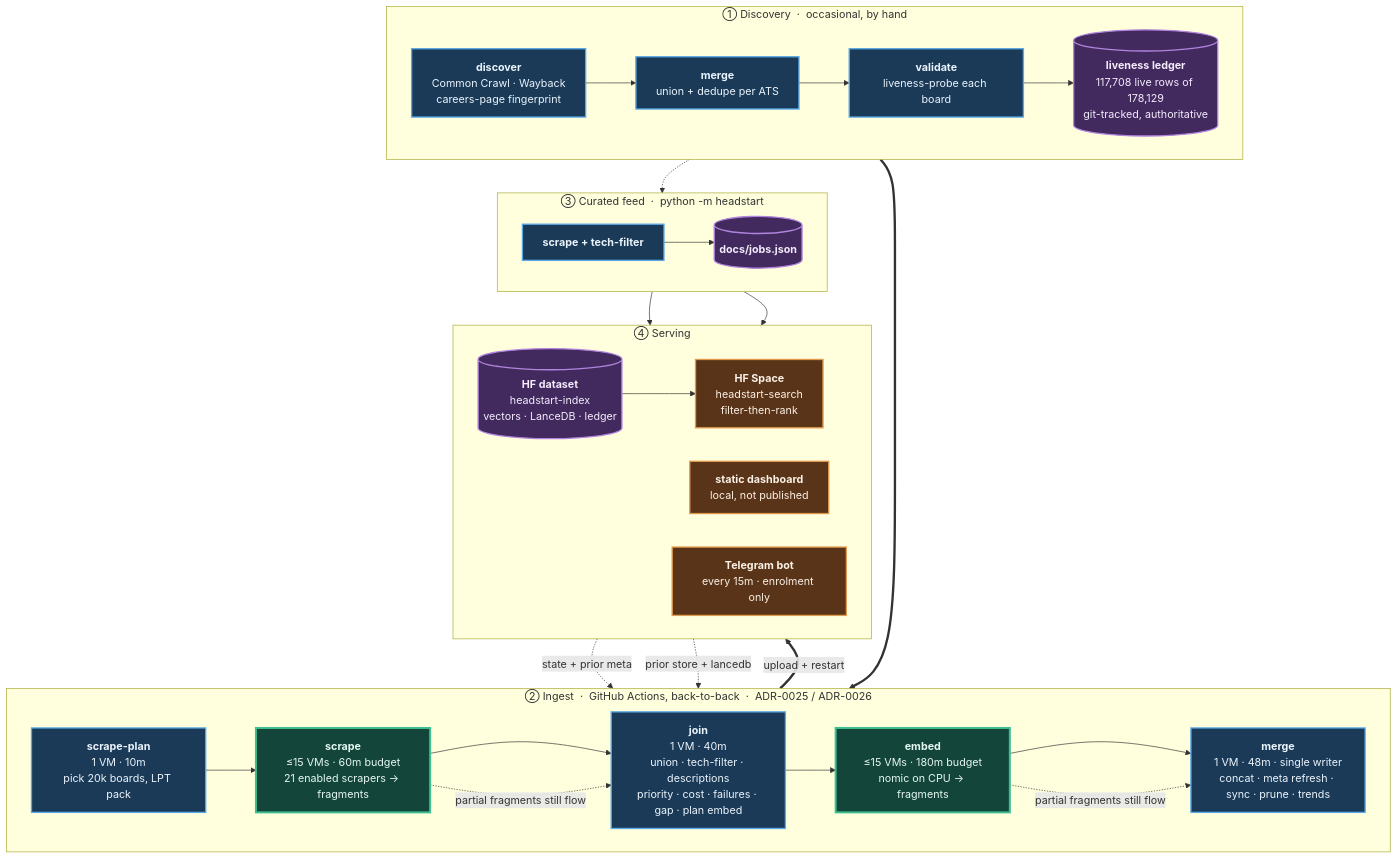
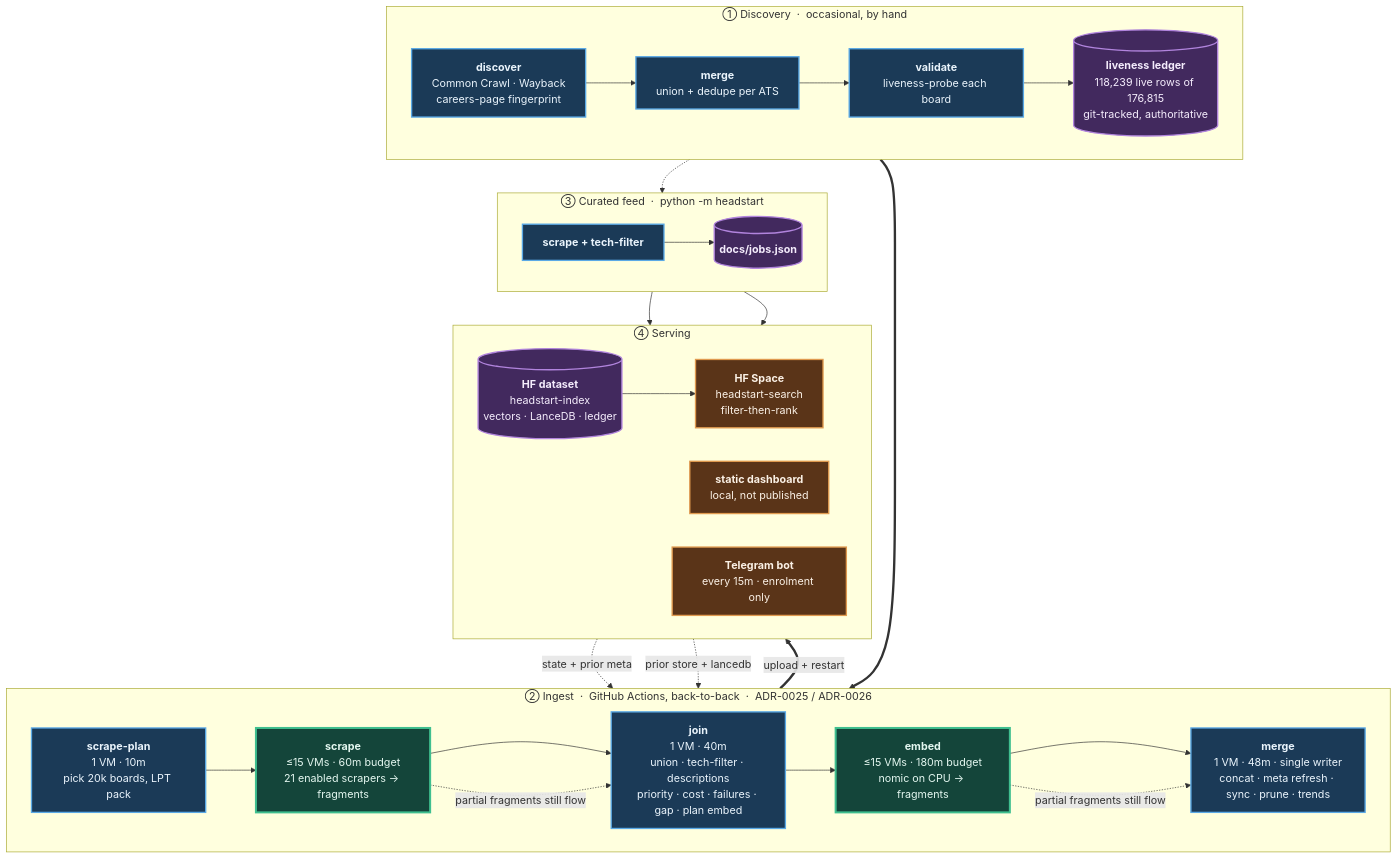
The diagram in README.md (sarthakjain004/headstart), drawn with Mermaid before and after one commit. The commit also changed other lines of this file and 19 other files, not shown here.

````diff
--- a/README.md
+++ b/README.md
@@ -84,56 +84,56 @@
 ```mermaid
 flowchart TB
     subgraph D["① Discovery &nbsp;·&nbsp; occasional, by hand"]
         direction LR
         D1["<b>discover</b><br/>Common Crawl · Wayback<br/>careers-page fingerprint"]
         D2["<b>merge</b><br/>union + dedupe per ATS"]
         D3["<b>validate</b><br/>liveness-probe each board"]
-        D4[("<b>liveness ledger</b><br/>117,708 live rows of 178,129<br/>git-tracked, authoritative")]
+        D4[("<b>liveness ledger</b><br/>118,239 live rows of 176,815<br/>git-tracked, authoritative")]
         D1 --> D2 --> D3 --> D4
     end
 
     subgraph P["② Ingest &nbsp;·&nbsp; GitHub Actions, back-to-back &nbsp;·&nbsp; ADR-0025 / ADR-0026"]
         direction LR
         P1["<b>scrape-plan</b><br/>1 VM · 10m<br/>pick 20k boards, LPT pack"]
         P2["<b>scrape</b><br/>≤15 VMs · 60m budget<br/>21 enabled scrapers → fragments"]
         P3["<b>join</b><br/>1 VM · 40m<br/>union · tech-filter · descriptions<br/>priority · cost · failures · gap · plan embed"]
         P4["<b>embed</b><br/>≤15 VMs · 180m budget<br/>nomic on CPU → fragments"]
         P5["<b>merge</b><br/>1 VM · 48m · single writer<br/>concat · meta refresh · sync · prune · trends"]
         P1 --> P2 --> P3 --> P4 --> P5
     end
 
     subgraph F["③ Curated feed &nbsp;·&nbsp; python -m headstart"]
         direction LR
         F1["<b>scrape + tech-filter</b>"]
         F2[("<b>docs/jobs.json</b>")]
         F1 --> F2
     end
 
     subgraph S["④ Serving"]
         direction LR
         S1[("<b>HF dataset</b><br/>headstart-index<br/>vectors · LanceDB · ledger")]
         S2["<b>HF Space</b><br/>headstart-search<br/>filter-then-rank"]
         S3["<b>static dashboard</b><br/>local, not published"]
         S4["<b>Telegram bot</b><br/>every 15m · enrolment only"]
         S1 --> S2
     end
 
     D4 ==> P1
     S1 -. "state + prior meta" .-> P1
     S1 -. "prior store + lancedb" .-> P5
     D4 -.-> F1
     P5 ==>|"upload + restart"| S1
     F2 --> S3
     F2 --> S4
     P2 -. "partial fragments still flow" .-> P3
     P4 -. "partial fragments still flow" .-> P5
 
     classDef serial fill:#1b3a57,stroke:#5aa9e6,stroke-width:2px,color:#eaf4fc
     classDef fan fill:#14453a,stroke:#3fbf8f,stroke-width:3px,color:#e4f7f0
     classDef store fill:#42295e,stroke:#b184dd,stroke-width:2px,color:#f4ecfc
     classDef serve fill:#5a3418,stroke:#e09a4f,stroke-width:2px,color:#fbf1e6
     class D1,D2,D3,P1,P3,P5,F1 serial
     class P2,P4 fan
     class D4,F2,S1 store
     class S2,S3,S4 serve
 ```
````
